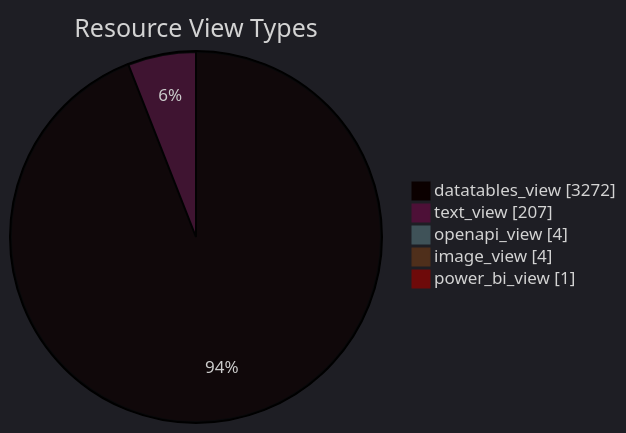
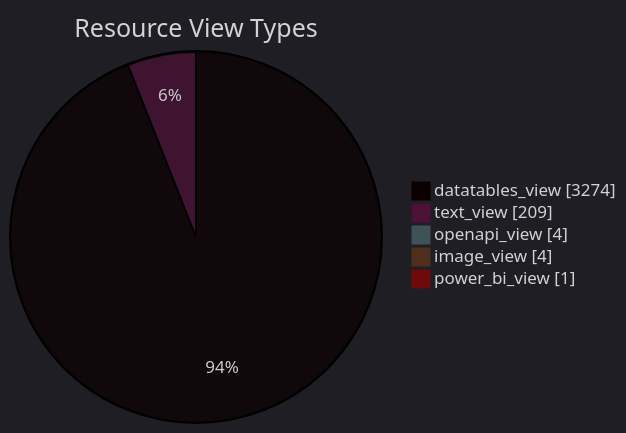
One commit to open-data/analytics-corporate-reporting changed the diagram in datastore_tracker/resource_view_types_pie_chart.md. Above: the diagram before and after it, drawn with Mermaid. The commit also changed 9 other files, not shown here.

````diff
--- a/datastore_tracker/resource_view_types_pie_chart.md
+++ b/datastore_tracker/resource_view_types_pie_chart.md
@@ -2,12 +2,12 @@
 ```mermaid
 ---
 config:
   theme: dark
 ---
 pie showData title Resource View Types
-    "datatables_view": 3272
-    "text_view": 207
+    "datatables_view": 3274
+    "text_view": 209
     "openapi_view": 4
     "image_view": 4
     "power_bi_view": 1
 ```
````
